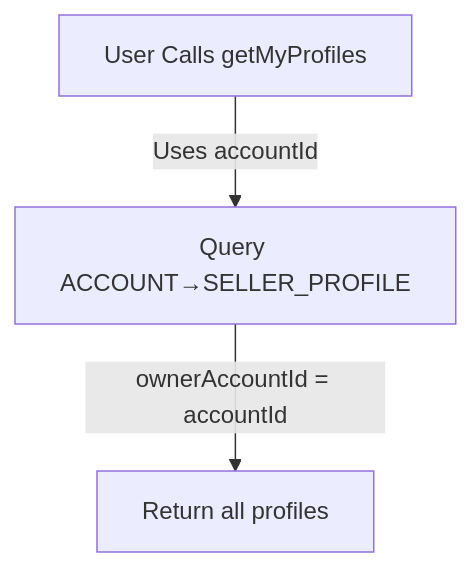
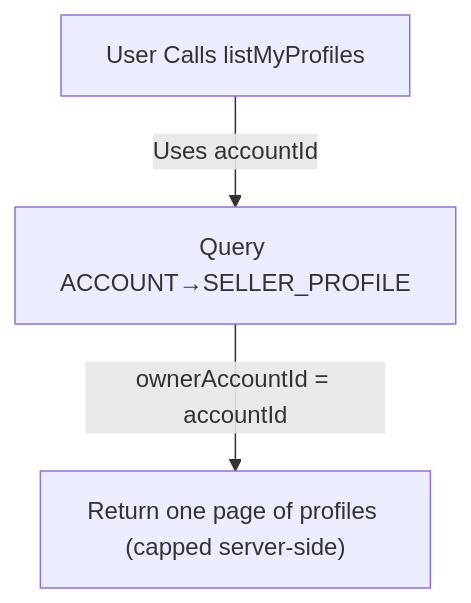
The second of 13 diagrams in docs/SCHEMA.md (dmeiser/kernelworx), drawn with Mermaid before and after one commit. The commit also changed 1 other file, not shown here.

Commit message:
no-mistakes(document): Update stale SCHEMA.md flow; prettier-format interactions test

````diff
--- a/docs/SCHEMA.md
+++ b/docs/SCHEMA.md
@@ -183,5 +183,5 @@
 ```mermaid
 flowchart TD
-    A["User Calls getMyProfiles"] -->|Uses accountId| B["Query ACCOUNT→SELLER_PROFILE"]
-    B -->|ownerAccountId = accountId| C["Return all profiles"]
+    A["User Calls listMyProfiles"] -->|Uses accountId| B["Query ACCOUNT→SELLER_PROFILE"]
+    B -->|ownerAccountId = accountId| C["Return one page of profiles (capped server-side)"]
 ```
````
